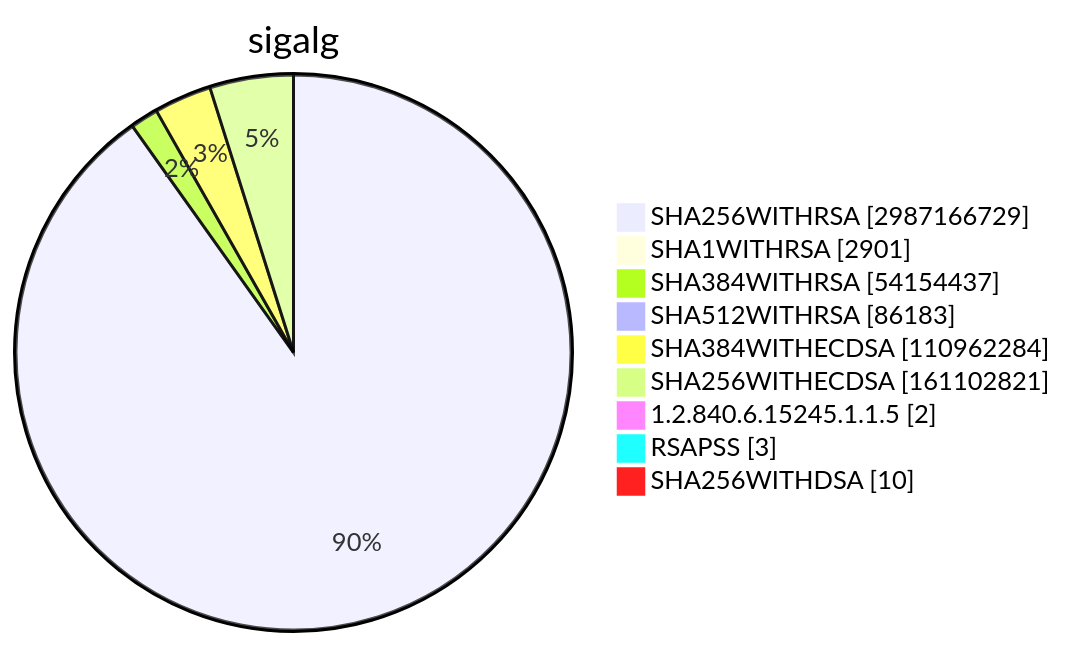
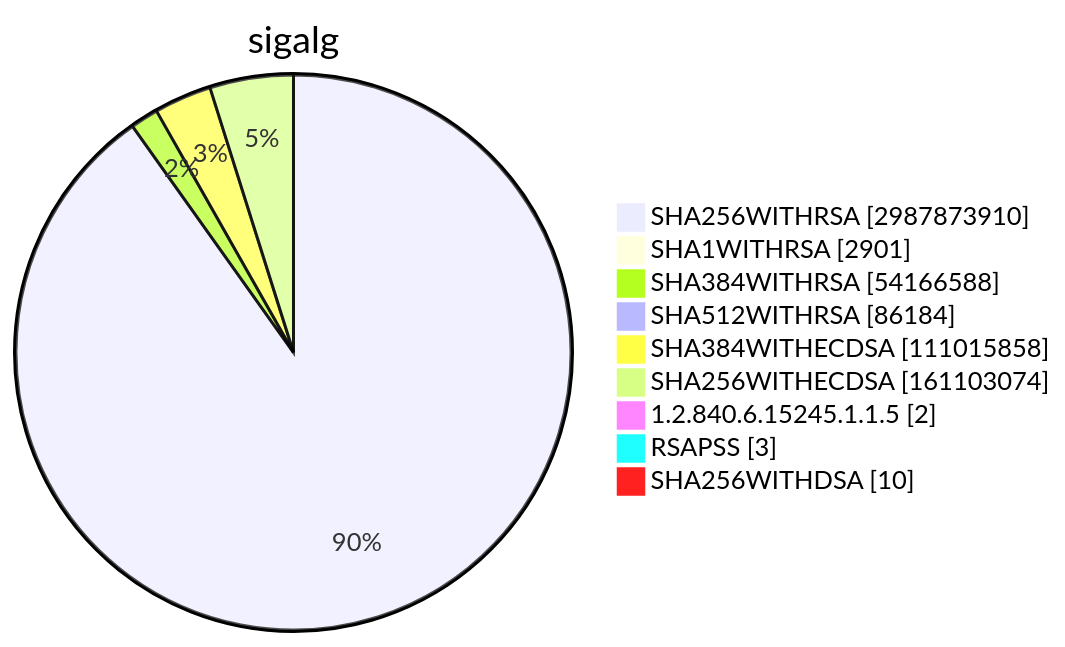
Before and after one commit to christiankrug/ctmonitor_visualization: diagram 15 of 15 in TOTAL/README.md, drawn with Mermaid. The commit also changed other lines of this file, not shown here.

````diff
--- a/TOTAL/README.md
+++ b/TOTAL/README.md
@@ -6208,13 +6208,13 @@
 ```mermaid
 pie showData
 title sigalg
-"SHA256WITHRSA" :2987166729
+"SHA256WITHRSA" :2987873910
 "SHA1WITHRSA" :2901
-"SHA384WITHRSA" :54154437
-"SHA512WITHRSA" :86183
-"SHA384WITHECDSA" :110962284
-"SHA256WITHECDSA" :161102821
+"SHA384WITHRSA" :54166588
+"SHA512WITHRSA" :86184
+"SHA384WITHECDSA" :111015858
+"SHA256WITHECDSA" :161103074
 "1.2.840.6.15245.1.1.5" :2
 "RSAPSS" :3
 "SHA256WITHDSA" :10
 ```
````
